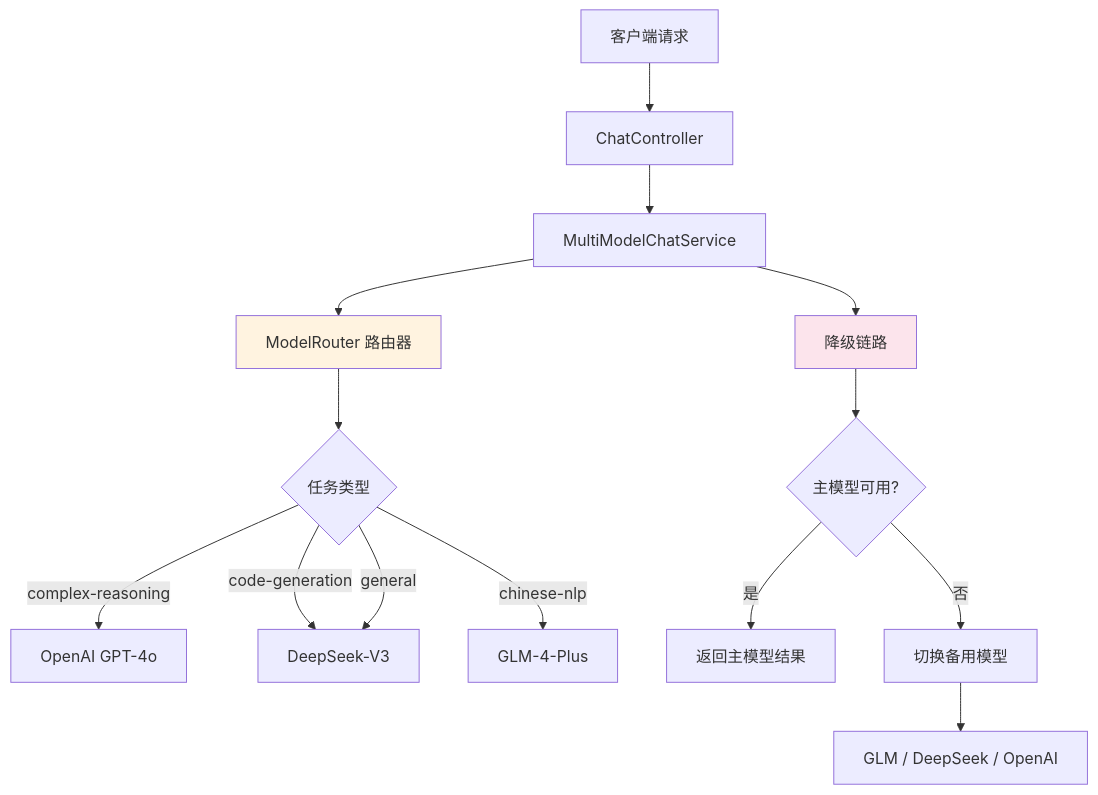
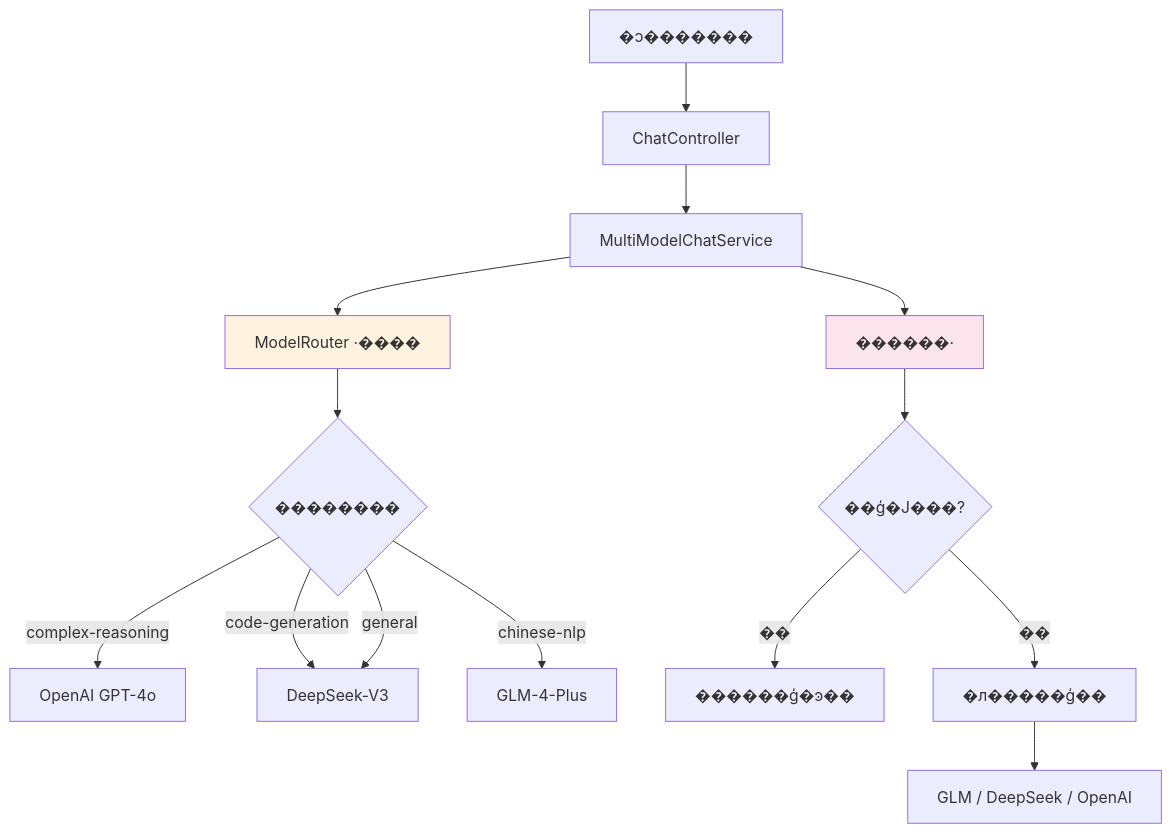
Before and after one commit to TimeHunter618/hugo-maid-dev: the fourth of 8 diagrams in content/post/ai-interview/SpringAI如何接入多种模型.zh-CN.md, drawn with Mermaid. The commit also changed other lines of this file and 70 other files, not shown here.

````diff
--- a/content/post/ai-interview/SpringAI如何接入多种模型.zh-CN.md
+++ b/content/post/ai-interview/SpringAI如何接入多种模型.zh-CN.md
@@ -496,21 +496,21 @@
 ```mermaid
 graph TD
-    A[客户端请求] --> B[ChatController]
+    A[�ͻ�������] --> B[ChatController]
     B --> C[MultiModelChatService]
-    C --> D[ModelRouter 路由器]
+    C --> D[ModelRouter ·����]
 
-    D --> E{任务类型}
+    D --> E{��������}
     E -->|complex-reasoning| F[OpenAI GPT-4o]
     E -->|code-generation| G[DeepSeek-V3]
     E -->|chinese-nlp| H[GLM-4-Plus]
     E -->|general| G
 
-    C --> I[降级链路]
-    I --> J{主模型可用?}
-    J -->|是| K[返回主模型结果]
-    J -->|否| L[切换备用模型]
+    C --> I[������·]
+    I --> J{��ģ�Ϳ���?}
+    J -->|��| K[������ģ�ͽ��]
+    J -->|��| L[�л�����ģ��]
     L --> M[GLM / DeepSeek / OpenAI]
 
     style D fill:#fff3e0
     style I fill:#fce4ec
 ```
````
